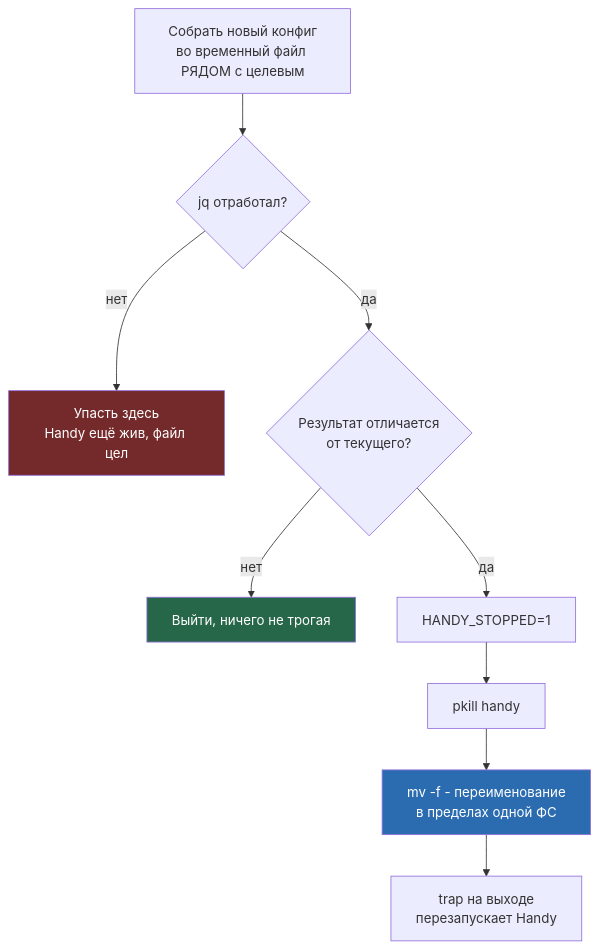
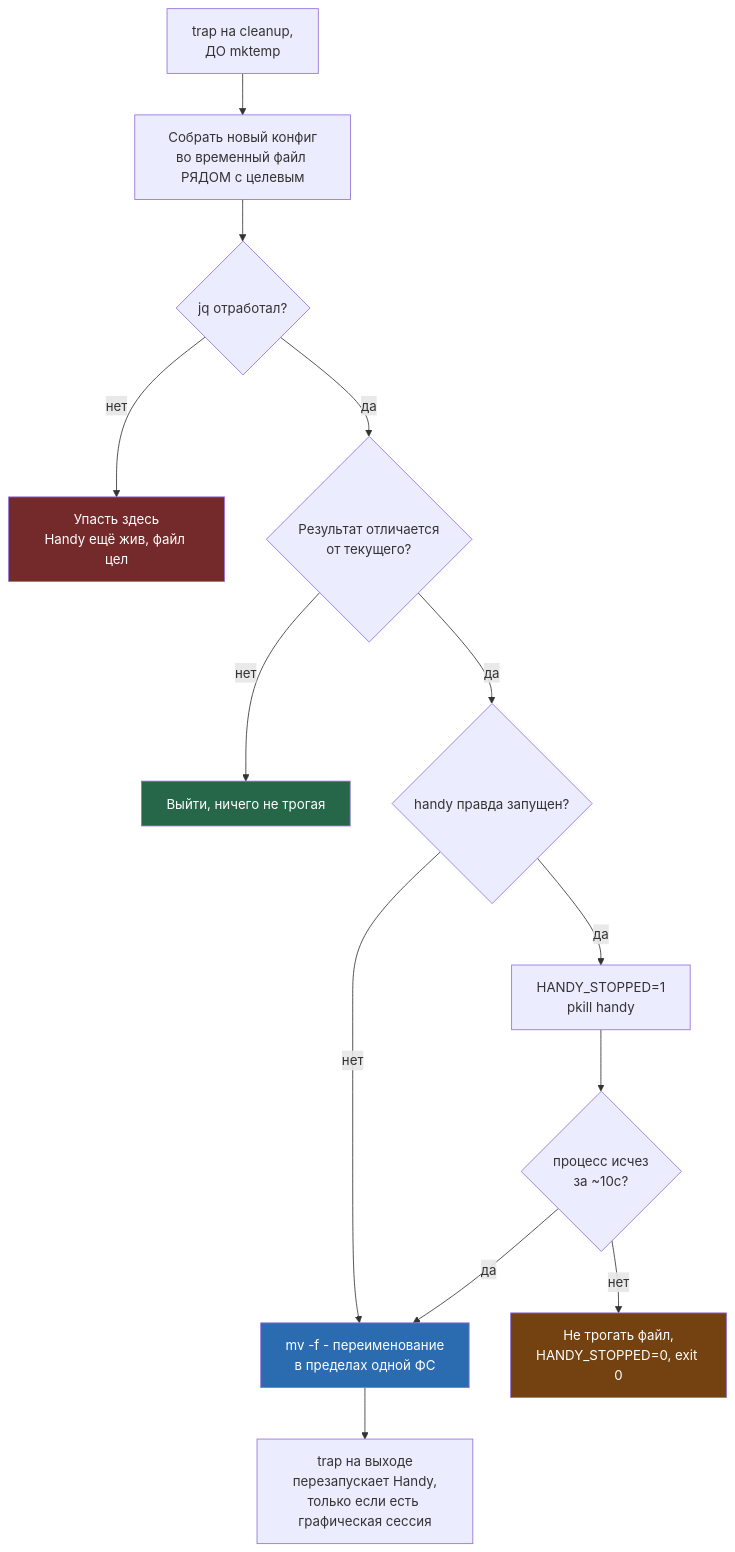
One commit to stpntkhnv/dotfiles changed the sixth of 8 diagrams in docs/features.md. Above: the diagram before and after it, drawn with Mermaid. The commit also changed other lines of this file and 3 other files, not shown here.

````diff
--- a/docs/features.md
+++ b/docs/features.md
@@ -780,15 +780,20 @@
 ```mermaid
 flowchart TD
-    A["Собрать новый конфиг<br/>во временный файл РЯДОМ с целевым"] --> B{"jq отработал?"}
-    B -->|нет| C["Упасть здесь<br/>Handy ещё жив, файл цел"]
-    B -->|да| D{"Результат отличается<br/>от текущего?"}
-    D -->|нет| E["Выйти, ничего не трогая"]
-    D -->|да| F["HANDY_STOPPED=1"]
-    F --> G["pkill handy"]
-    G --> H["mv -f - переименование<br/>в пределах одной ФС"]
-    H --> I["trap на выходе<br/>перезапускает Handy"]
+    A["trap на cleanup,<br/>ДО mktemp"] --> B["Собрать новый конфиг<br/>во временный файл РЯДОМ с целевым"]
+    B --> C{"jq отработал?"}
+    C -->|нет| D["Упасть здесь<br/>Handy ещё жив, файл цел"]
+    C -->|да| E{"Результат отличается<br/>от текущего?"}
+    E -->|нет| F["Выйти, ничего не трогая"]
+    E -->|да| G{"handy правда запущен?"}
+    G -->|нет| K["mv -f - переименование<br/>в пределах одной ФС"]
+    G -->|да| H["HANDY_STOPPED=1<br/>pkill handy"]
+    H --> I{"процесс исчез<br/>за ~10с?"}
+    I -->|нет| J["Не трогать файл,<br/>HANDY_STOPPED=0, exit 0"]
+    I -->|да| K
+    K --> L["trap на выходе<br/>перезапускает Handy,<br/>только если есть графическая сессия"]
 
-    style C fill:#742a2a,color:#fff
-    style E fill:#276749,color:#fff
-    style H fill:#2b6cb0,color:#fff
+    style D fill:#742a2a,color:#fff
+    style F fill:#276749,color:#fff
+    style J fill:#744210,color:#fff
+    style K fill:#2b6cb0,color:#fff
 ```
````
